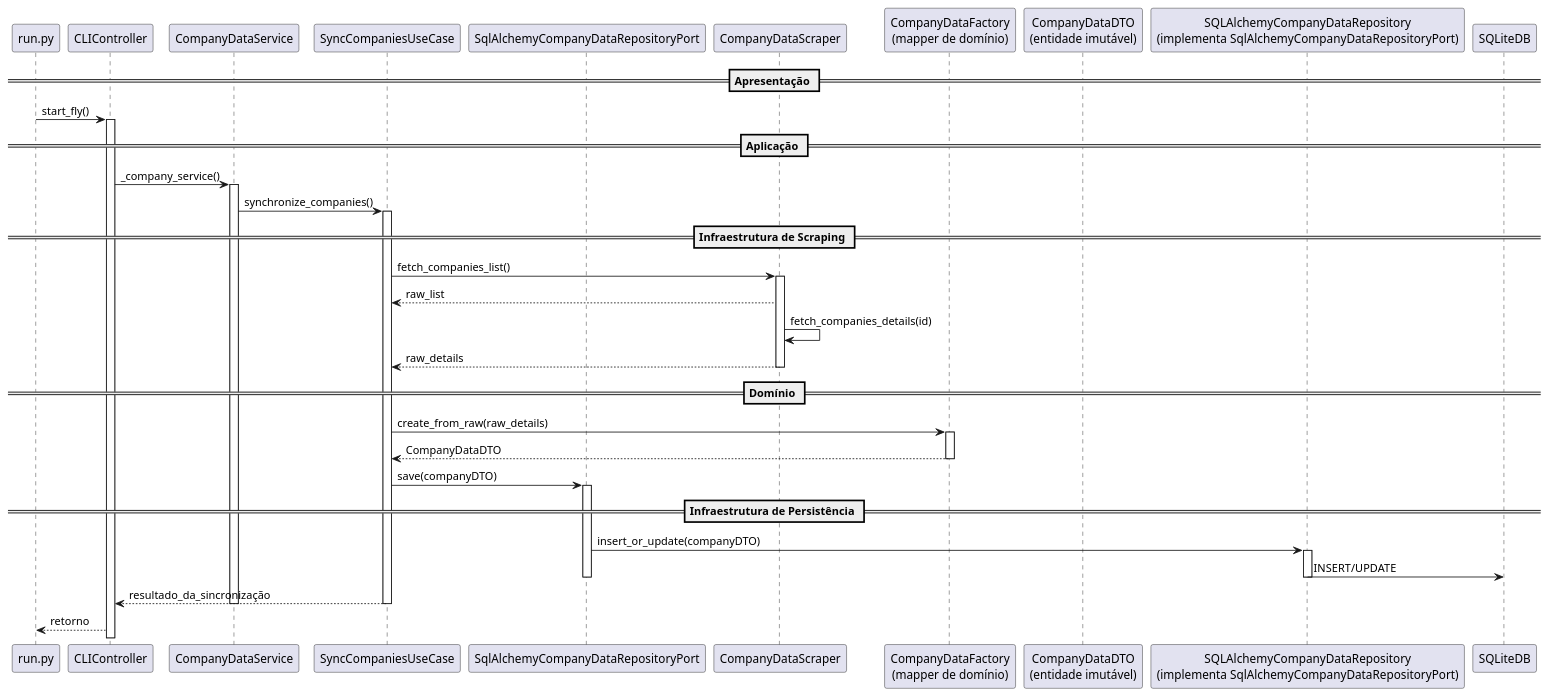
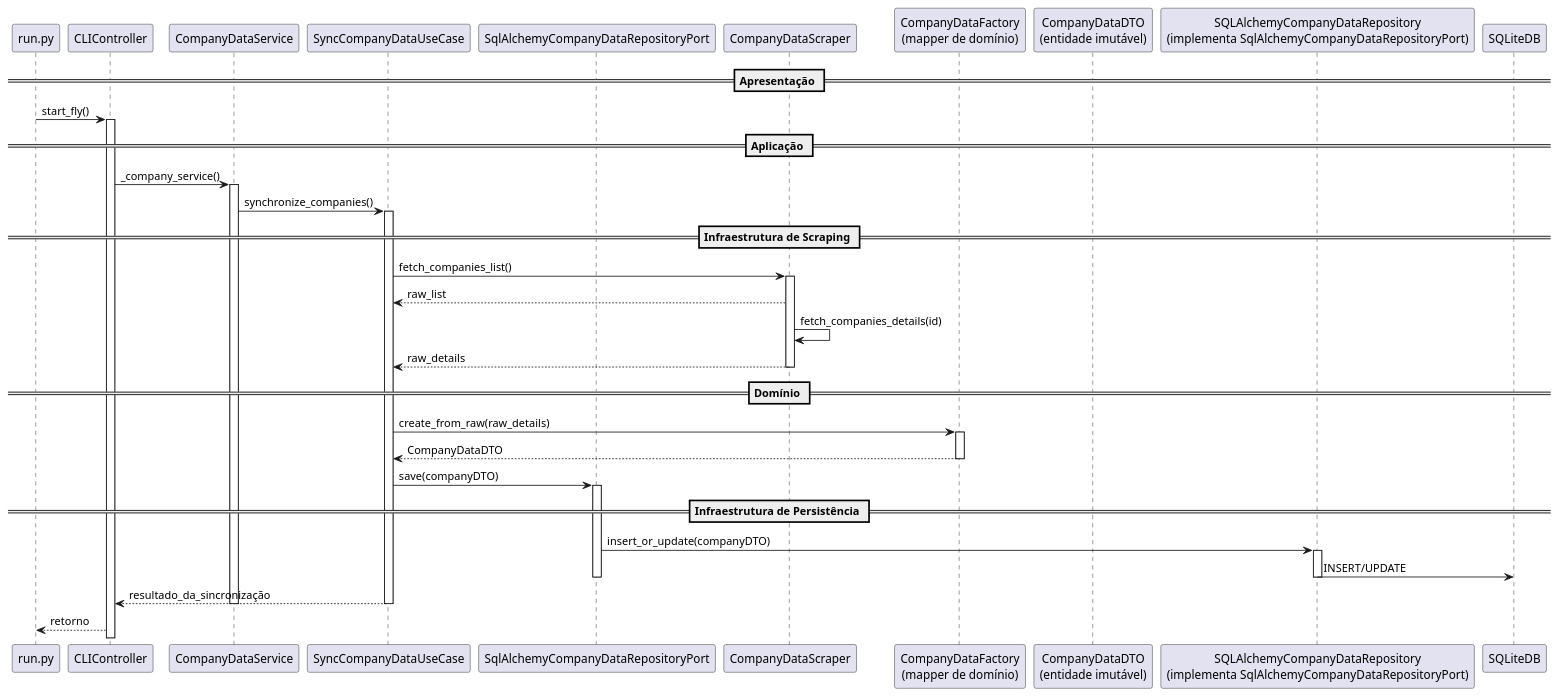
The diagram in docs/01_sequence_sync_companies.puml (faustostangler/FL2), drawn with PlantUML before and after one commit. The commit also changed 14 other files, not shown here.

```diff
--- a/docs/01_sequence_sync_companies.puml
+++ b/docs/01_sequence_sync_companies.puml
@@ -1,57 +1,57 @@
 @startuml
 skinparam packageStyle rectangle
 
 == Apresentação ==
 participant "run.py" as RUN
 participant "CLIController" as CLI
 
 RUN -> CLI : start_fly()
 activate CLI
 
 == Aplicação ==
 participant "CompanyDataService" as CS
-participant "SyncCompaniesUseCase" as SCUC
+participant "SyncCompanyDataUseCase" as SCUC
 participant "SqlAlchemyCompanyDataRepositoryPort" as CRP
 
 CLI -> CS : _company_service()
 activate CS
 CS -> SCUC : synchronize_companies()
 activate SCUC
 
 == Infraestrutura de Scraping ==
 participant "CompanyDataScraper" as SCR
 
 SCUC -> SCR : fetch_companies_list()
 activate SCR
 SCR --> SCUC : raw_list
 SCR -> SCR : fetch_companies_details(id)
 SCR --> SCUC : raw_details
 deactivate SCR
 
 == Domínio ==
 participant "CompanyDataFactory\n(mapper de domínio)" as CF
 participant "CompanyDataDTO\n(entidade imutável)" as CD
 
 SCUC -> CF : create_from_raw(raw_details)
 activate CF
 CF --> SCUC : CompanyDataDTO
 deactivate CF
 
 SCUC -> CRP : save(companyDTO)
 activate CRP
 
 == Infraestrutura de Persistência ==
 participant "SQLAlchemyCompanyDataRepository\n(implementa SqlAlchemyCompanyDataRepositoryPort)" as SCRepo
 participant "SQLiteDB" as DB
 
 CRP -> SCRepo : insert_or_update(companyDTO)
 activate SCRepo
 SCRepo -> DB : INSERT/UPDATE
 deactivate SCRepo
 deactivate CRP
 
 SCUC --> CLI : resultado_da_sincronização
 deactivate SCUC
 deactivate CS
 CLI --> RUN : retorno
 @enduml
```
